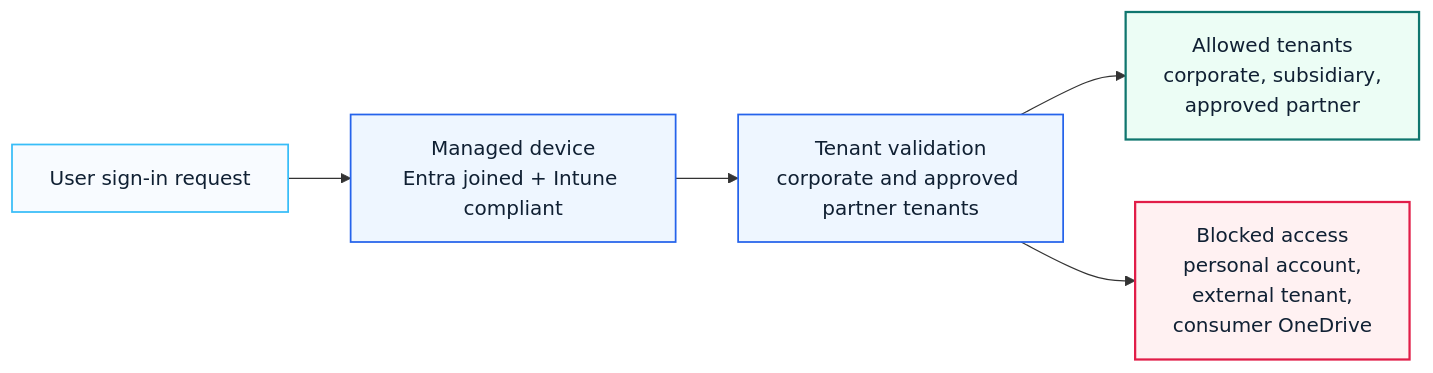
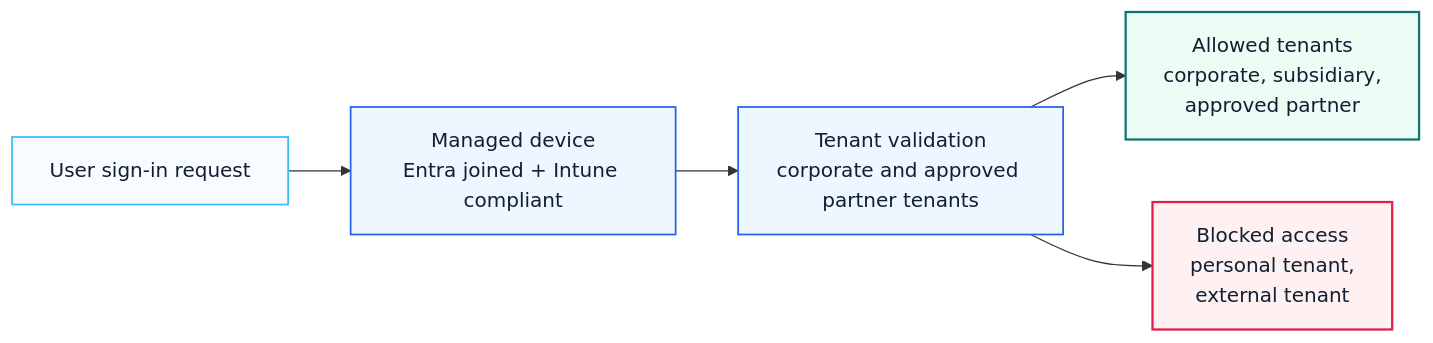
The second of 3 diagrams in docs/knowledge-center/gsa-whitelist-design.md (Eric841001/Eric841001.github.io), drawn with Mermaid before and after one commit. The commit also changed 6 other files, not shown here.

Commit message:
Extend GPT-5.6 adoption guidance and refine diagrams

````diff
--- a/docs/knowledge-center/gsa-whitelist-design.md
+++ b/docs/knowledge-center/gsa-whitelist-design.md
@@ -87,17 +87,17 @@
 ```mermaid
 flowchart LR
   Request["User sign-in request"]:::request
   Device["Managed device<br/>Entra joined + Intune compliant"]:::control
   Tenant["Tenant validation<br/>corporate and approved partner tenants"]:::control
   Allow["Allowed tenants<br/>corporate, subsidiary,<br/>approved partner"]:::allow
-  Block["Blocked access<br/>personal account,<br/>external tenant,<br/>consumer OneDrive"]:::block
+  Block["Blocked access<br/>personal tenant,<br/>external tenant"]:::block
 
   Request --> Device --> Tenant
   Tenant --> Allow
   Tenant --> Block
 
   classDef request fill:#f8fbff,stroke:#38bdf8,color:#102033,stroke-width:1.4px
   classDef control fill:#eef6ff,stroke:#2563eb,color:#102033,stroke-width:1.4px
   classDef allow fill:#ecfdf5,stroke:#0f766e,color:#102033,stroke-width:1.8px
   classDef block fill:#fff1f2,stroke:#e11d48,color:#102033,stroke-width:1.8px
 ```
````
